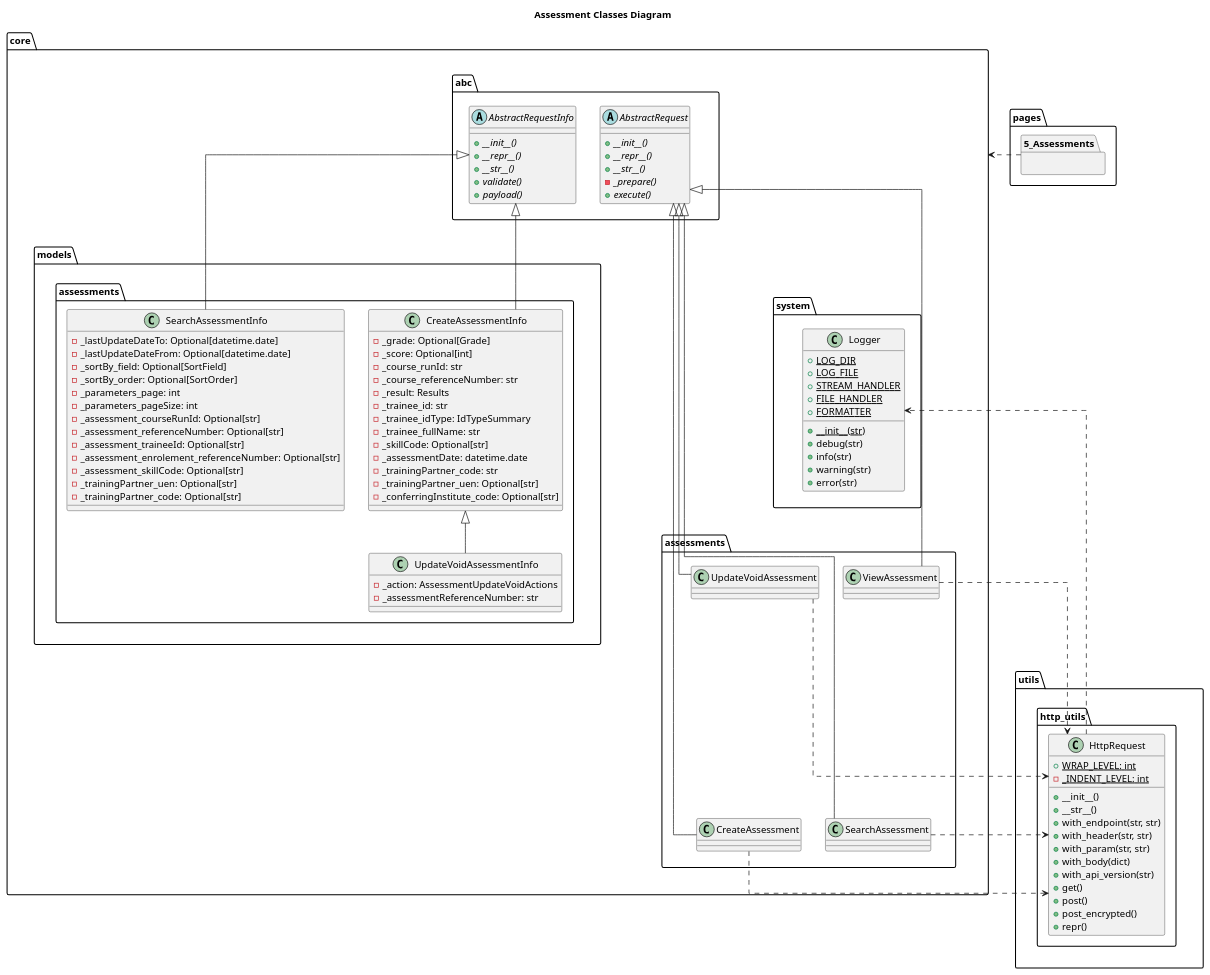
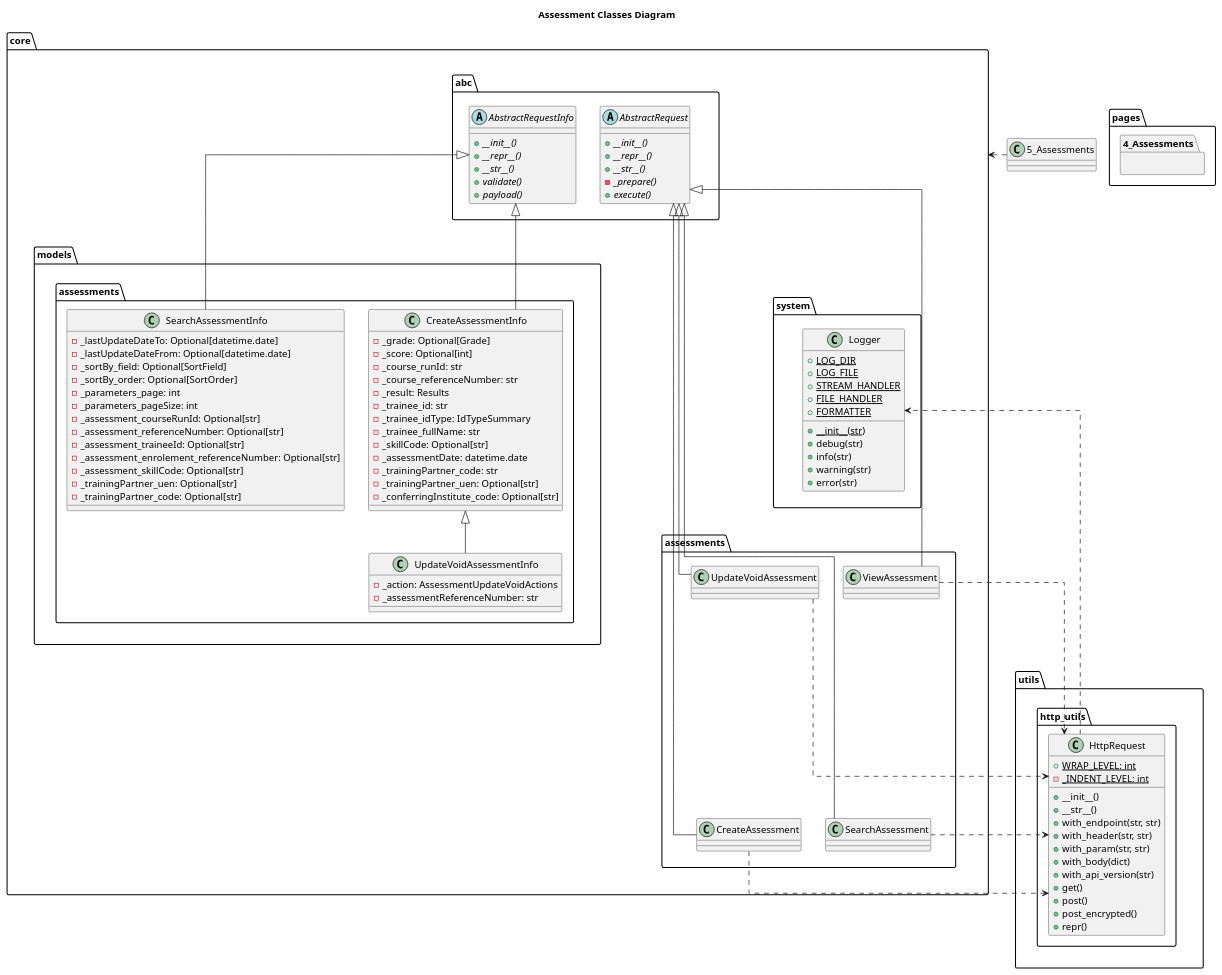
One commit to ssg-wsg/Sample-Codes changed the diagram in SSG-API-Testing-Application-v2/docs/assets/developer-guide/classes/core/AssessmentClassesDiagram.puml. Above: the diagram before and after it, drawn with PlantUML. The commit also changed 57 other files, not shown here.

```diff
--- a/SSG-API-Testing-Application-v2/docs/assets/developer-guide/classes/core/AssessmentClassesDiagram.puml
+++ b/SSG-API-Testing-Application-v2/docs/assets/developer-guide/classes/core/AssessmentClassesDiagram.puml
@@ -1,154 +1,154 @@
 @startuml
 skinparam linetype polyline
 skinparam linetype ortho
 
 title Assessment Classes Diagram
 
 package pages {
-    package 5_Assessments {
+    package 4_Assessments {
 
     }
 }
 
 package utils {
     package http_utils {
         class HttpRequest {
             + WRAP_LEVEL: int {static}
             - _INDENT_LEVEL: int {static}
 
             + __init__()
             + __str__()
             + with_endpoint(str, str)
             + with_header(str, str)
             + with_param(str, str)
             + with_body(dict)
             + with_api_version(str)
             + get()
             + post()
             + post_encrypted()
             + repr()
         }
     }
 }
 
 package core {
     package system {
         class Logger {
             + LOG_DIR {static}
             + LOG_FILE {static}
             + STREAM_HANDLER {static}
             + FILE_HANDLER {static}
             + FORMATTER {static}
             + __init__(str) {static}
             + debug(str)
             + info(str)
             + warning(str)
             + error(str)
         }
     }
 
     package abc {
         abstract AbstractRequest {
             + __init__() {abstract}
             + __repr__() {abstract}
             + __str__() {abstract}
             - _prepare() {abstract}
             + execute() {abstract}
         }
 
         abstract AbstractRequestInfo {
             + __init__() {abstract}
             + __repr__() {abstract}
             + __str__() {abstract}
             + validate() {abstract}
             + payload() {abstract}
         }
     }
 
     package assessments {
         class CreateAssessment {
 
         }
 
         class SearchAssessment {
 
         }
 
         class UpdateVoidAssessment {
 
         }
 
         class ViewAssessment {
 
         }
 
         CreateAssessment -up--|> AbstractRequest
         SearchAssessment -up--|> AbstractRequest
 
         UpdateVoidAssessment -up--|> AbstractRequest
         ViewAssessment -up--|> AbstractRequest
 
         CreateAssessment -up[hidden]-> UpdateVoidAssessment
         SearchAssessment -up[hidden]-> UpdateVoidAssessment
 
         CreateAssessment ..right.> HttpRequest
         SearchAssessment ..right.> HttpRequest
         UpdateVoidAssessment ..right.> HttpRequest
         ViewAssessment ..right.> HttpRequest
     }
 
     package models {
         package assessments {
             class CreateAssessmentInfo {
                 - _grade: Optional[Grade]
                 - _score: Optional[int]
                 - _course_runId: str
                 - _course_referenceNumber: str
                 - _result: Results
                 - _trainee_id: str
                 - _trainee_idType: IdTypeSummary
                 - _trainee_fullName: str
                 - _skillCode: Optional[str]
                 - _assessmentDate: datetime.date
                 - _trainingPartner_code: str
                 - _trainingPartner_uen: Optional[str]
                 - _conferringInstitute_code: Optional[str]
             }
     
             class UpdateVoidAssessmentInfo extends CreateAssessmentInfo {
                 - _action: AssessmentUpdateVoidActions
                 - _assessmentReferenceNumber: str
     
             }
             
             class SearchAssessmentInfo {
                 - _lastUpdateDateTo: Optional[datetime.date] 
                 - _lastUpdateDateFrom: Optional[datetime.date] 
                 - _sortBy_field: Optional[SortField] 
                 - _sortBy_order: Optional[SortOrder] 
                 - _parameters_page: int 
                 - _parameters_pageSize: int 
                 - _assessment_courseRunId: Optional[str] 
                 - _assessment_referenceNumber: Optional[str] 
                 - _assessment_traineeId: Optional[str] 
                 - _assessment_enrolement_referenceNumber: Optional[str] 
                 - _assessment_skillCode: Optional[str] 
                 - _trainingPartner_uen: Optional[str] 
                 - _trainingPartner_code: Optional[str] 
             }
         }
 
         CreateAssessmentInfo -up-|> AbstractRequestInfo
         SearchAssessmentInfo -up-|> AbstractRequestInfo
     }
 
     assessments -up[hidden]-> abc
     models -up[hidden]-> abc
 }
 
 HttpRequest .right..> Logger
 5_Assessments ..right> core
 
 core --[hidden]--> utils
 abc -[hidden]-> system
 @enduml
```
